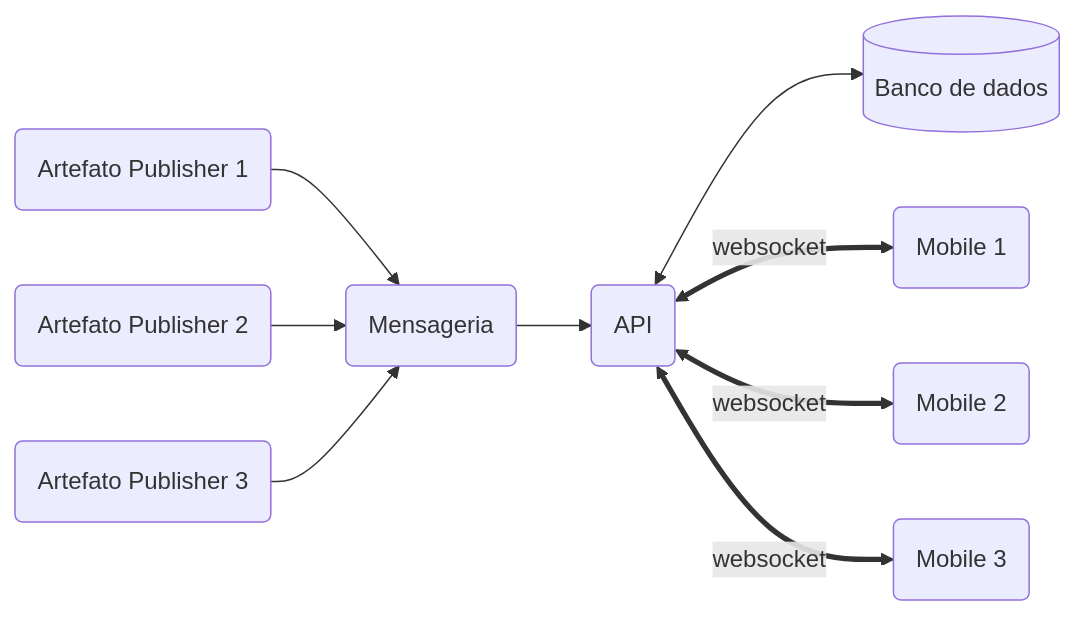
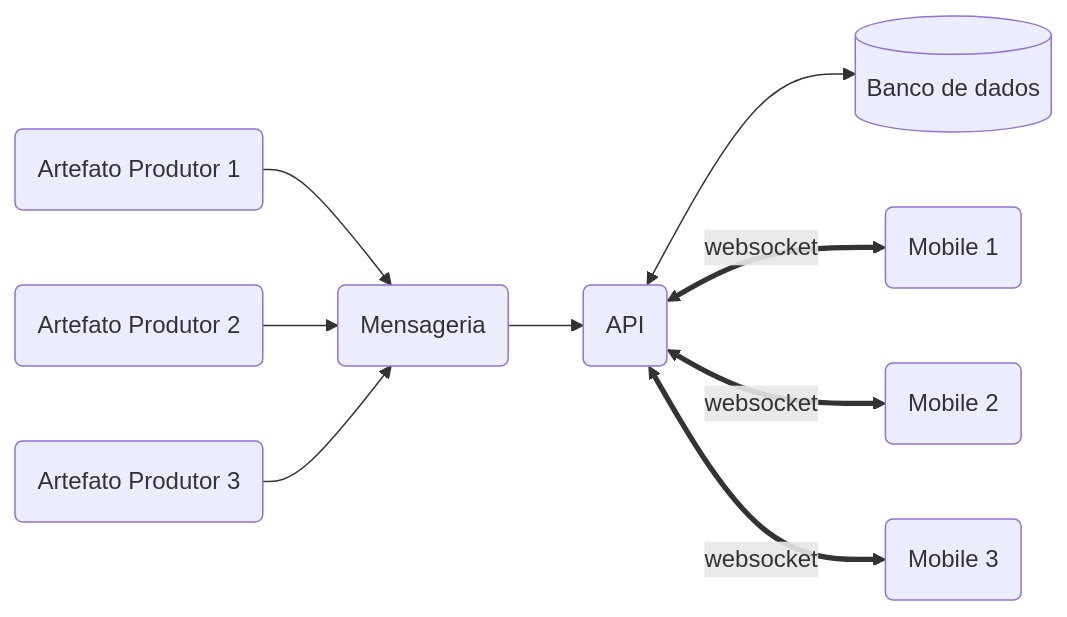
One commit to DSM-FATEC/fatec_dsm_pi_quinto_semestre changed the first of 5 diagrams in docs/diagramas.md. Above: the diagram before and after it, drawn with Mermaid. The commit also changed other lines of this file and 4 other files, not shown here.

````diff
--- a/docs/diagramas.md
+++ b/docs/diagramas.md
@@ -3,22 +3,22 @@
 ```mermaid
 flowchart LR
-    art1(Artefato Publisher 1)
-    art2(Artefato Publisher 2)
-    art3(Artefato Publisher 3)
+    art1(Artefato Produtor 1)
+    art2(Artefato Produtor 2)
+    art3(Artefato Produtor 3)
     mob1(Mobile 1)
     mob2(Mobile 2)
     mob3(Mobile 3)
     msg(Mensageria)
     api(API)
     bd[(Banco de dados)]
 
     art1 --> msg
     art2 --> msg
     art3 --> msg
 
     msg --> api <--> bd
 
     api <== websocket ==> mob1
     api <== websocket ==> mob2
     api <== websocket ==> mob3
 ```
````
